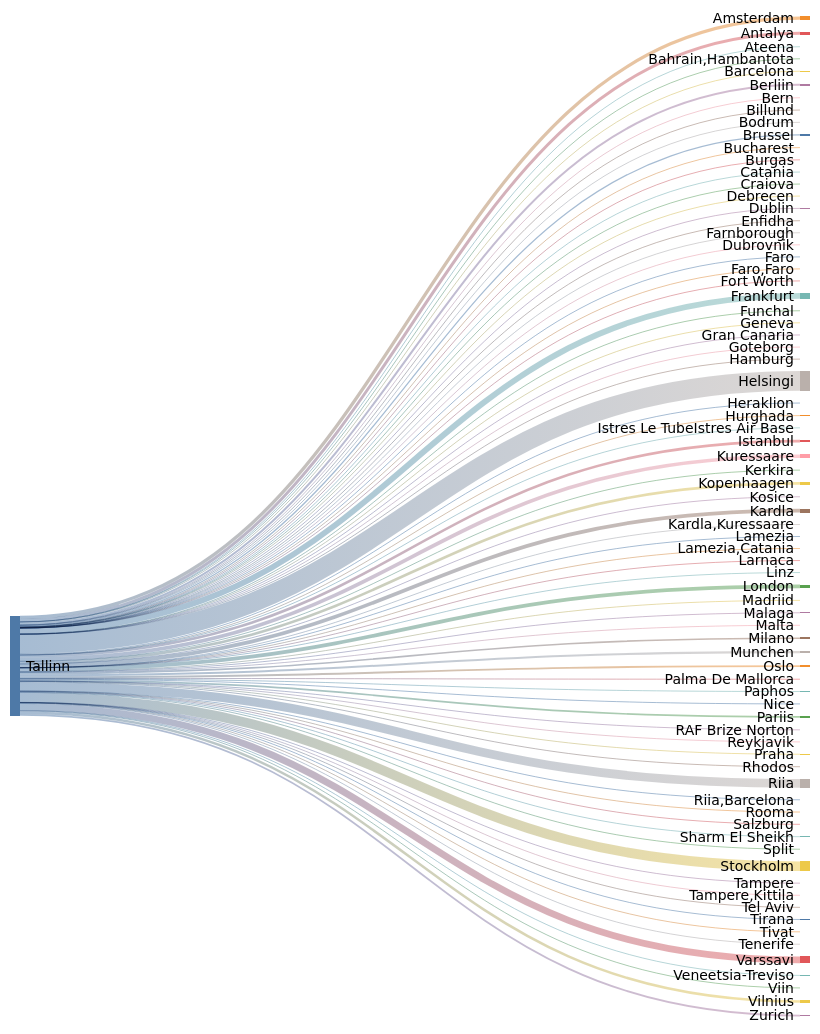
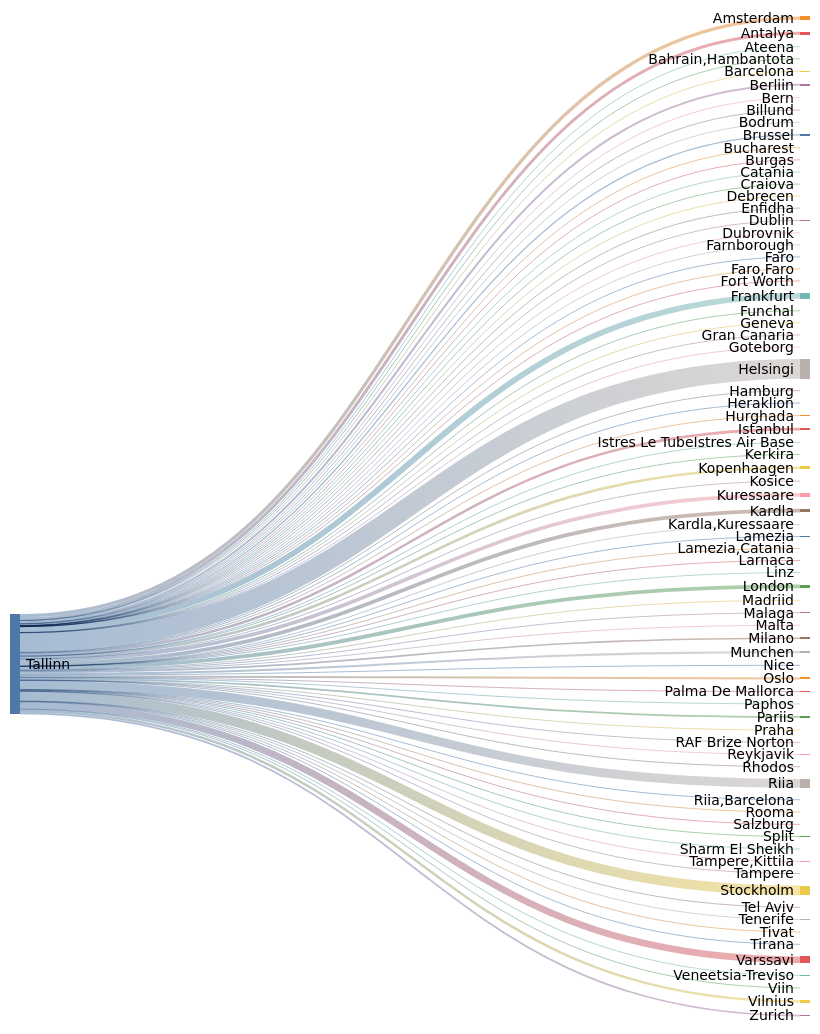
One commit to rainermesi/tll-airport-departures changed the second of 2 diagrams in README.md. Above: the diagram before and after it, drawn with Mermaid (forest theme). The commit also changed other lines of this file and 1 other file, not shown here.

````diff
--- a/README.md
+++ b/README.md
@@ -41,82 +41,82 @@
 ---
 sankey-beta
 %% source,target,value
-Tallinn,Amsterdam,537
-Tallinn,Antalya,482
+Tallinn,Amsterdam,539
+Tallinn,Antalya,485
 Tallinn,Ateena,16
 Tallinn,"Bahrain,Hambantota",1
 Tallinn,Barcelona,151
-Tallinn,Berliin,336
+Tallinn,Berliin,338
 Tallinn,Bern,1
 Tallinn,Billund,85
 Tallinn,Bodrum,12
-Tallinn,Brussel,206
+Tallinn,Brussel,207
 Tallinn,Bucharest,1
 Tallinn,Burgas,67
 Tallinn,Catania,2
 Tallinn,Craiova,1
 Tallinn,Debrecen,1
-Tallinn,Dublin,102
+Tallinn,Dublin,103
 Tallinn,Dubrovnik,21
 Tallinn,Enfidha,11
 Tallinn,Farnborough,1
 Tallinn,Faro,4
 Tallinn,"Faro,Faro",1
 Tallinn,Fort Worth,1
-Tallinn,Frankfurt,955
+Tallinn,Frankfurt,957
 Tallinn,Funchal,5
 Tallinn,Geneva,13
 Tallinn,Gran Canaria,38
 Tallinn,Goteborg,2
 Tallinn,Hamburg,2
-Tallinn,Helsingi,3207
-Tallinn,Heraklion,116
+Tallinn,Helsingi,3216
+Tallinn,Heraklion,117
 Tallinn,Hurghada,75
-Tallinn,Istanbul,416
+Tallinn,Istanbul,417
 Tallinn,Istres Le TubeIstres Air Base,2
 Tallinn,Kerkira,4
-Tallinn,Kopenhaagen,435
+Tallinn,Kopenhaagen,438
 Tallinn,Kosice,1
-Tallinn,Kuressaare,607
-Tallinn,Kardla,609
+Tallinn,Kuressaare,608
+Tallinn,Kardla,610
 Tallinn,"Kardla,Kuressaare",1
 Tallinn,Lamezia,2
 Tallinn,"Lamezia,Catania",3
 Tallinn,Larnaca,5
 Tallinn,Linz,2
-Tallinn,London,620
+Tallinn,London,622
 Tallinn,Madriid,4
 Tallinn,Malaga,131
 Tallinn,Malta,33
-Tallinn,Milano,279
-Tallinn,Munchen,335
-Tallinn,Nice,59
-Tallinn,Oslo,322
+Tallinn,Milano,280
+Tallinn,Munchen,337
+Tallinn,Nice,60
+Tallinn,Oslo,324
 Tallinn,Palma De Mallorca,37
 Tallinn,Paphos,66
-Tallinn,Pariis,284
-Tallinn,Praha,94
+Tallinn,Pariis,285
+Tallinn,Praha,95
 Tallinn,RAF Brize Norton,1
 Tallinn,Reykjavik,20
 Tallinn,Rhodos,67
-Tallinn,Riia,1450
+Tallinn,Riia,1454
 Tallinn,"Riia,Barcelona",1
 Tallinn,Rooma,80
 Tallinn,Salzburg,14
 Tallinn,Sharm El Sheikh,108
-Tallinn,Split,60
-Tallinn,Stockholm,1594
+Tallinn,Split,61
+Tallinn,Stockholm,1600
 Tallinn,Tampere,17
 Tallinn,"Tampere,Kittila",21
 Tallinn,Tel Aviv,2
 Tallinn,Tenerife,58
 Tallinn,Tirana,40
-Tallinn,Tivat,76
-Tallinn,Varssavi,1109
+Tallinn,Tivat,77
+Tallinn,Varssavi,1113
 Tallinn,Veneetsia-Treviso,67
 Tallinn,Viin,106
-Tallinn,Vilnius,403
-Tallinn,Zurich,287
+Tallinn,Vilnius,404
+Tallinn,Zurich,288
 
 
 ```
````
